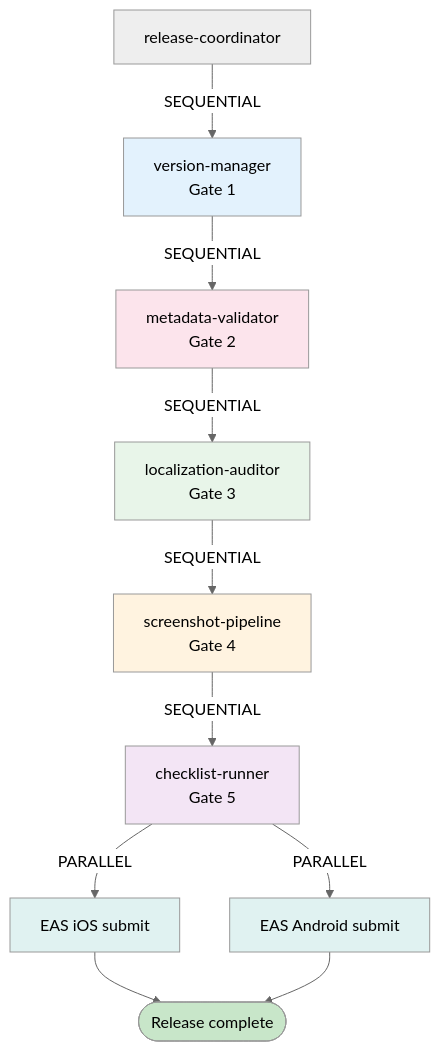
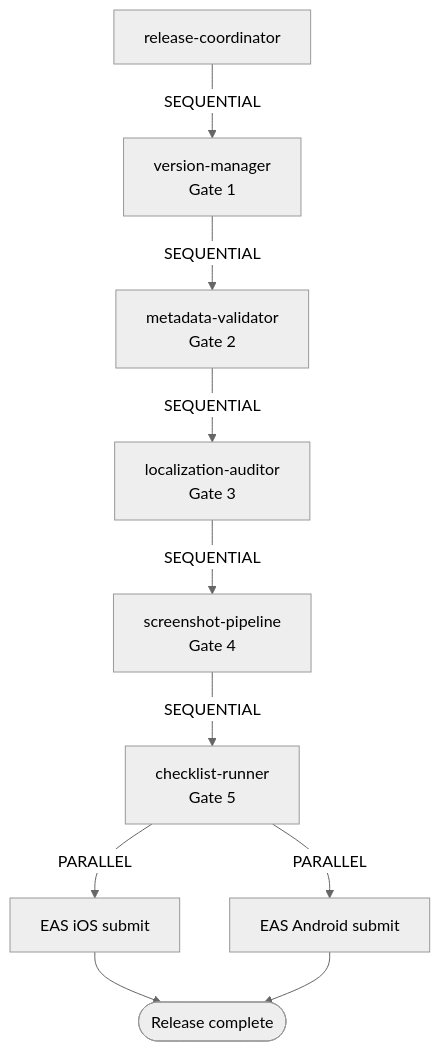
Before and after one commit to ofcskn/mobile-automation-plugin: the seventh of 7 diagrams in docs/CONCURRENCY.md, drawn with Mermaid (neutral theme). The commit also changed other lines of this file and 1 other file, not shown here.

First line of the commit message:
fix: correct install command format and remove mermaid color fills

````diff
--- a/docs/CONCURRENCY.md
+++ b/docs/CONCURRENCY.md
@@ -304,25 +275,17 @@
 ```mermaid
 flowchart TD
     RC[release-coordinator]
 
     RC -->|SEQUENTIAL| VM[version-manager\nGate 1]
     VM -->|SEQUENTIAL| MV[metadata-validator\nGate 2]
     MV -->|SEQUENTIAL| LA[localization-auditor\nGate 3]
     LA -->|SEQUENTIAL| SP[screenshot-pipeline\nGate 4]
     SP -->|SEQUENTIAL| CL[checklist-runner\nGate 5]
 
     CL -->|PARALLEL| EI[EAS iOS submit]
     CL -->|PARALLEL| EA[EAS Android submit]
 
     EI --> DONE([Release complete])
     EA --> DONE
 
-    style VM fill:#e3f2fd
-    style MV fill:#fce4ec
-    style LA fill:#e8f5e9
-    style SP fill:#fff3e0
-    style CL fill:#f3e5f5
-    style EI fill:#e0f2f1
-    style EA fill:#e0f2f1
-    style DONE fill:#c8e6c9
 ```
````
